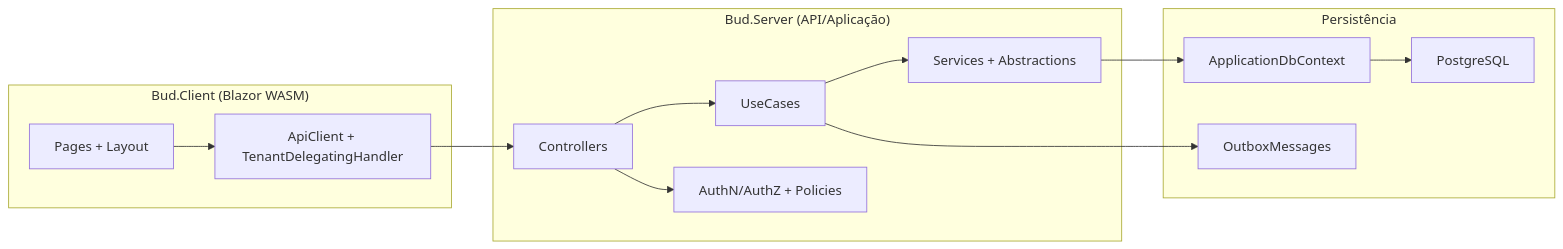
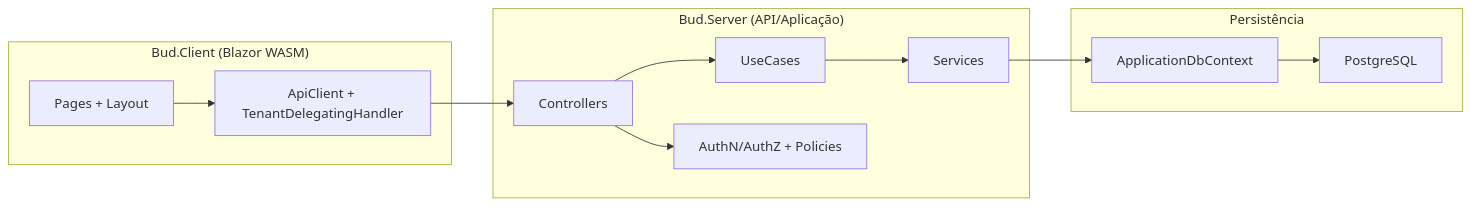
One commit to dsbraz/bud changed the eighth of 10 diagrams in README.md. Above: the diagram before and after it, drawn with Mermaid. The commit also changed other lines of this file and 364 other files, not shown here.

````diff
--- a/README.md
+++ b/README.md
@@ -332,29 +280,27 @@
 ```mermaid
 flowchart LR
     subgraph Client["Bud.Client (Blazor WASM)"]
       UI["Pages + Layout"]
       ApiClient["ApiClient + TenantDelegatingHandler"]
     end
 
     subgraph Api["Bud.Server (API/Aplicação)"]
       Controllers["Controllers"]
       UseCases["UseCases"]
-      Services["Services + Abstractions"]
+      Services["Services"]
       Authz["AuthN/AuthZ + Policies"]
     end
 
     subgraph Dados["Persistência"]
       Db["ApplicationDbContext"]
       Pg["PostgreSQL"]
-      Outbox["OutboxMessages"]
     end
 
     UI --> ApiClient
     ApiClient --> Controllers
     Controllers --> UseCases
     UseCases --> Services
     Controllers --> Authz
     Services --> Db
     Db --> Pg
-    UseCases --> Outbox
 ```
````
